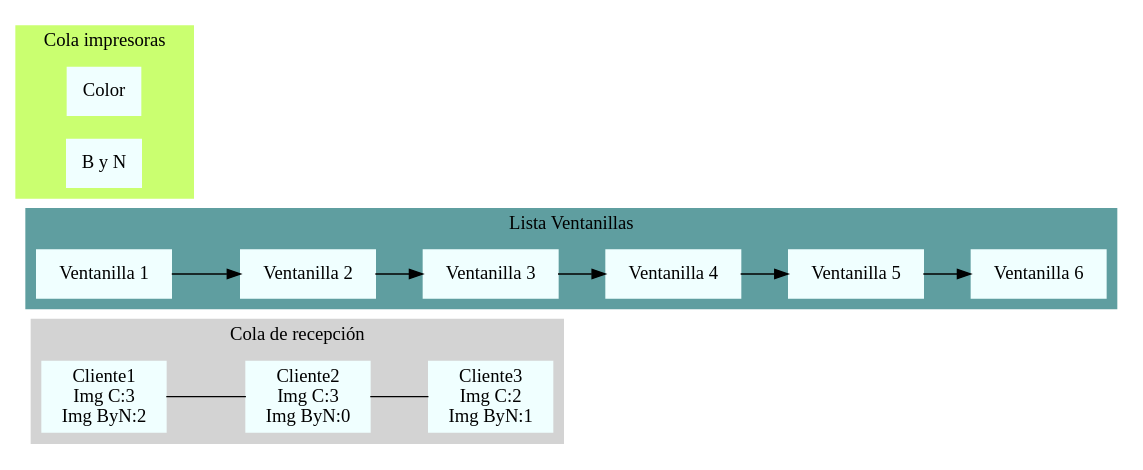
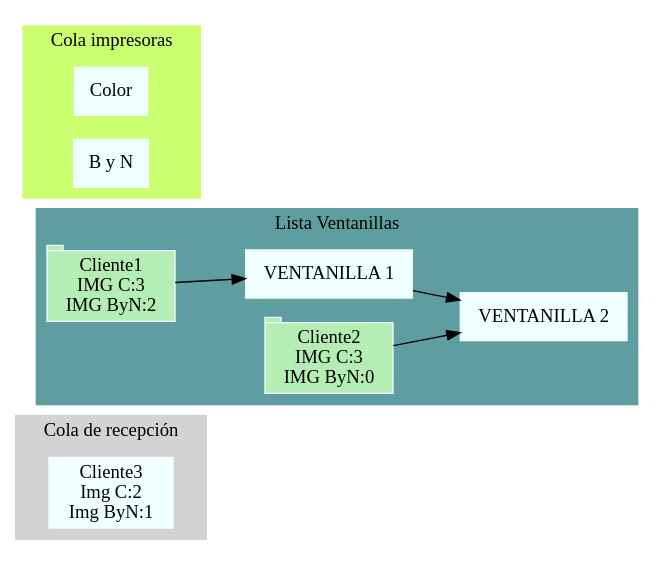
The diagram in EddFase1/Reportes/Memoria.dot (LuisaMariaO/EDD_UDRAWING_FASE_202003381), drawn with Graphviz before and after one commit. The commit also changed 5 other files, not shown here.

```diff
--- a/EddFase1/Reportes/Memoria.dot
+++ b/EddFase1/Reportes/Memoria.dot
@@ -1,49 +1,41 @@
 digraph G {
 node[shape=box, style="filled", color=azure1];
 subgraph cluster_0{
 style=filled
 color=lightgrey;
   edge [
     arrowhead="none"
   ];
-Cliente644117698[label="Cliente1
-Img C:3
-Img ByN:2"]
-Cliente1872034366[label="Cliente2
-Img C:3
-Img ByN:0"]
-Cliente1581781576[label="Cliente3
+Cliente1872034366[label="Cliente3
 Img C:2
 Img ByN:1"]
-Cliente644117698 -> Cliente1872034366
-Cliente1872034366 -> Cliente1581781576
 label="Cola de recepción";
 }
 subgraph cluster_1{
 style=filled
 color=cadetblue;
-Ventanilla1725154839[label="Ventanilla 1"]
-Ventanilla1670675563[label="Ventanilla 2"]
-Ventanilla723074861[label="Ventanilla 3"]
-Ventanilla895328852[label="Ventanilla 4"]
-Ventanilla1304836502[label="Ventanilla 5"]
-Ventanilla225534817[label="Ventanilla 6"]
-Ventanilla1725154839 -> Ventanilla1670675563
-Ventanilla1670675563 -> Ventanilla723074861
-Ventanilla723074861 -> Ventanilla895328852
-Ventanilla895328852 -> Ventanilla1304836502
-Ventanilla1304836502 -> Ventanilla225534817
+Ventanilla1581781576[label="VENTANILLA 1"]
+ClienteV1725154839[shape=tab fillcolor=darkseagreen2 label="Cliente1
+IMG C:3
+IMG ByN:2"]
+Ventanilla1670675563[label="VENTANILLA 2"]
+ClienteV644117698[shape=tab fillcolor=darkseagreen2 label="Cliente2
+IMG C:3
+IMG ByN:0"]
+ClienteV1725154839 -> Ventanilla1581781576
+Ventanilla1581781576 -> Ventanilla1670675563
+ClienteV644117698 -> Ventanilla1670675563
 label="Lista Ventanillas";
 }
 subgraph cluster_2{
 style=filled
 color=darkolivegreen1;
   edge [
     arrowhead="none"
   ];
-Impresora1878246837[label="Color"]
-Impresora929338653[label="B y N"]
+Impresora723074861[label="Color"]
+Impresora895328852[label="B y N"]
 label="Cola impresoras";
 }
 rankdir=LR;
 }
```
